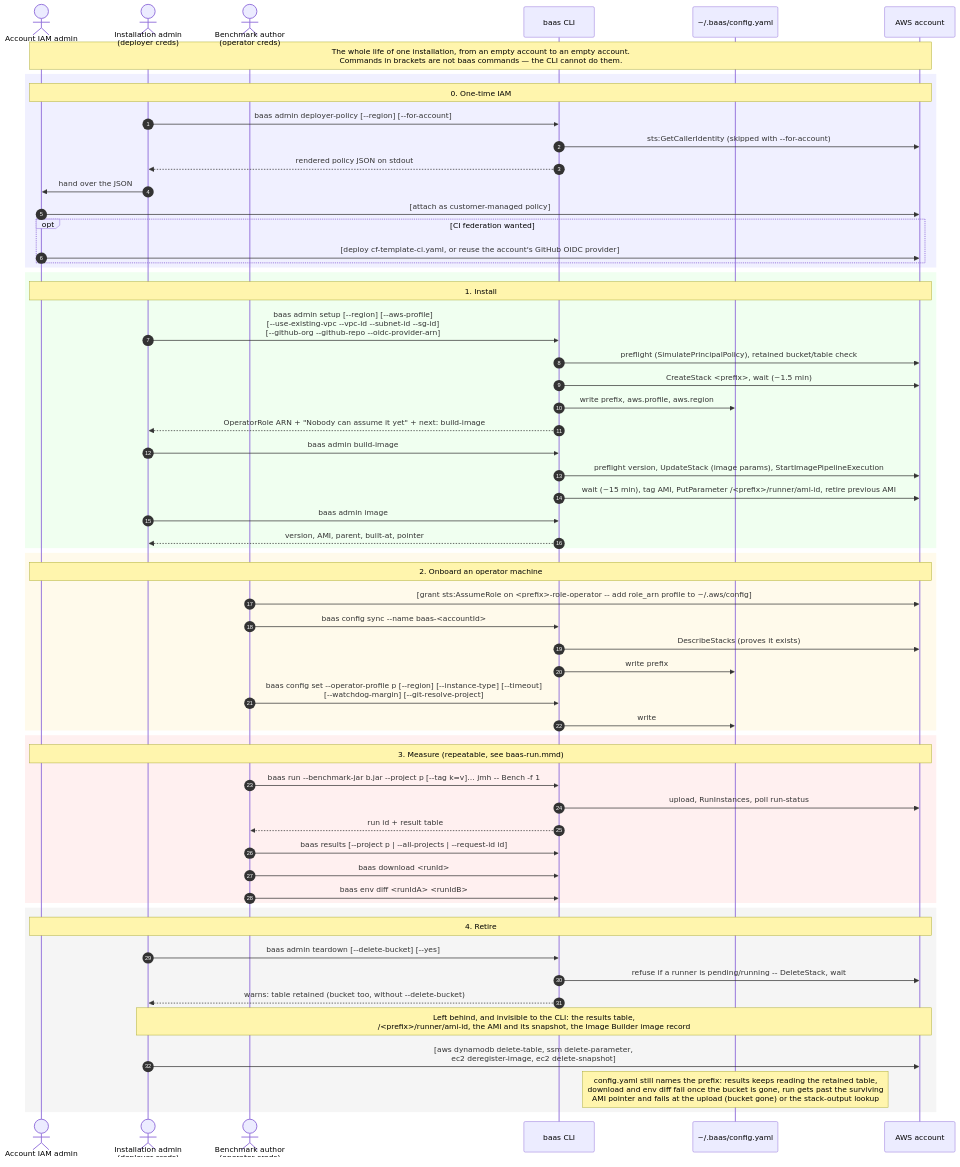
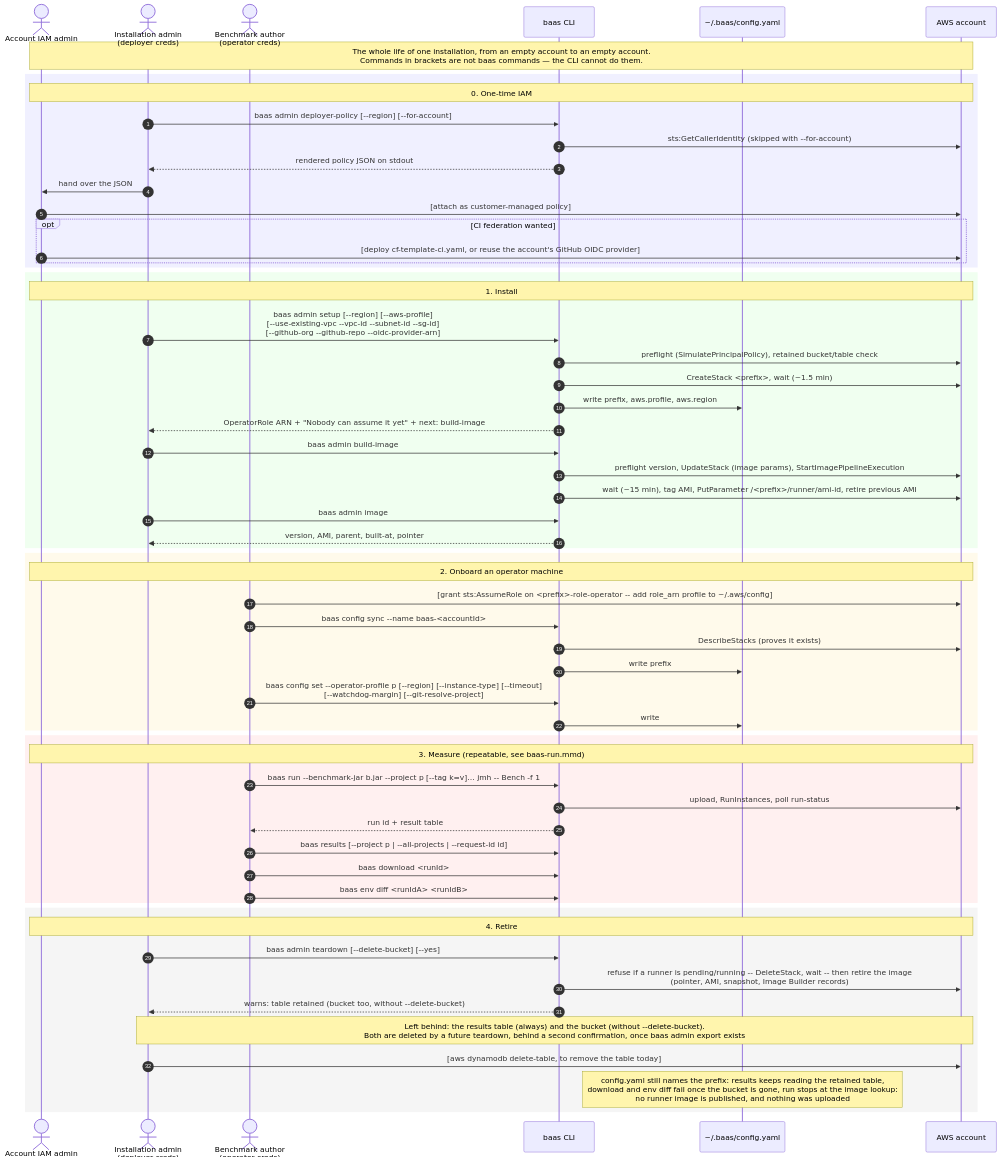
The diagram in docs/diagrams/baas-lifecycle.mmd (wsztajerowski/benchmark-as-a-service), drawn with Mermaid before and after one commit. The commit also changed 5 other files, not shown here.

First line of the commit message:
docs: record that teardown retires the runner image

```diff
--- a/docs/diagrams/baas-lifecycle.mmd
+++ b/docs/diagrams/baas-lifecycle.mmd
@@ -1,66 +1,66 @@
 sequenceDiagram
     autonumber
     actor IA as Account IAM admin
     actor Adm as Installation admin<br/>(deployer creds)
     actor Op as Benchmark author<br/>(operator creds)
     participant CLI as baas CLI
     participant CFG as ~/.baas/config.yaml
     participant AWS as AWS account
 
     Note over IA,AWS: The whole life of one installation, from an empty account to an empty account.<br/>Commands in brackets are not baas commands — the CLI cannot do them.
 
     rect rgb(240, 240, 255)
         Note over IA,AWS: 0. One-time IAM
         Adm->>CLI: baas admin deployer-policy [--region] [--for-account]
         CLI->>AWS: sts:GetCallerIdentity (skipped with --for-account)
         CLI-->>Adm: rendered policy JSON on stdout
         Adm->>IA: hand over the JSON
         IA->>AWS: [attach as customer-managed policy]
         opt CI federation wanted
             IA->>AWS: [deploy cf-template-ci.yaml, or reuse the account's GitHub OIDC provider]
         end
     end
 
     rect rgb(240, 255, 240)
         Note over IA,AWS: 1. Install
         Adm->>CLI: baas admin setup [--region] [--aws-profile]<br/>[--use-existing-vpc --vpc-id --subnet-id --sg-id]<br/>[--github-org --github-repo --oidc-provider-arn]
         CLI->>AWS: preflight (SimulatePrincipalPolicy), retained bucket/table check
         CLI->>AWS: CreateStack <prefix>, wait (~1.5 min)
         CLI->>CFG: write prefix, aws.profile, aws.region
         CLI-->>Adm: OperatorRole ARN + "Nobody can assume it yet" + next: build-image
         Adm->>CLI: baas admin build-image
         CLI->>AWS: preflight version, UpdateStack (image params), StartImagePipelineExecution
         CLI->>AWS: wait (~15 min), tag AMI, PutParameter /<prefix>/runner/ami-id, retire previous AMI
         Adm->>CLI: baas admin image
         CLI-->>Adm: version, AMI, parent, built-at, pointer
     end
 
     rect rgb(255, 250, 235)
         Note over IA,AWS: 2. Onboard an operator machine
         Op->>AWS: [grant sts:AssumeRole on <prefix>-role-operator -- add role_arn profile to ~/.aws/config]
         Op->>CLI: baas config sync --name baas-<accountId>
         CLI->>AWS: DescribeStacks (proves it exists)
         CLI->>CFG: write prefix
         Op->>CLI: baas config set --operator-profile p [--region] [--instance-type] [--timeout]<br/>[--watchdog-margin] [--git-resolve-project]
         CLI->>CFG: write
     end
 
     rect rgb(255, 240, 240)
         Note over IA,AWS: 3. Measure (repeatable, see baas-run.mmd)
         Op->>CLI: baas run --benchmark-jar b.jar --project p [--tag k=v]… jmh -- Bench -f 1
         CLI->>AWS: upload, RunInstances, poll run-status
         CLI-->>Op: run id + result table
         Op->>CLI: baas results [--project p | --all-projects | --request-id id]
         Op->>CLI: baas download <runId>
         Op->>CLI: baas env diff <runIdA> <runIdB>
     end
 
     rect rgb(245, 245, 245)
         Note over IA,AWS: 4. Retire
         Adm->>CLI: baas admin teardown [--delete-bucket] [--yes]
-        CLI->>AWS: refuse if a runner is pending/running -- DeleteStack, wait
+        CLI->>AWS: refuse if a runner is pending/running -- DeleteStack, wait -- then retire the image<br/>(pointer, AMI, snapshot, Image Builder records)
         CLI-->>Adm: warns: table retained (bucket too, without --delete-bucket)
-        Note over Adm,AWS: Left behind, and invisible to the CLI: the results table,<br/>/<prefix>/runner/ami-id, the AMI and its snapshot, the Image Builder image record
-        Adm->>AWS: [aws dynamodb delete-table, ssm delete-parameter,<br/>ec2 deregister-image, ec2 delete-snapshot]
-        Note over CFG: config.yaml still names the prefix: results keeps reading the retained table,<br/>download and env diff fail once the bucket is gone, run gets past the surviving<br/>AMI pointer and fails at the upload (bucket gone) or the stack-output lookup
+        Note over Adm,AWS: Left behind: the results table (always) and the bucket (without --delete-bucket).<br/>Both are deleted by a future teardown, behind a second confirmation, once baas admin export exists
+        Adm->>AWS: [aws dynamodb delete-table, to remove the table today]
+        Note over CFG: config.yaml still names the prefix: results keeps reading the retained table,<br/>download and env diff fail once the bucket is gone, run stops at the image lookup:<br/>no runner image is published, and nothing was uploaded
     end
```
